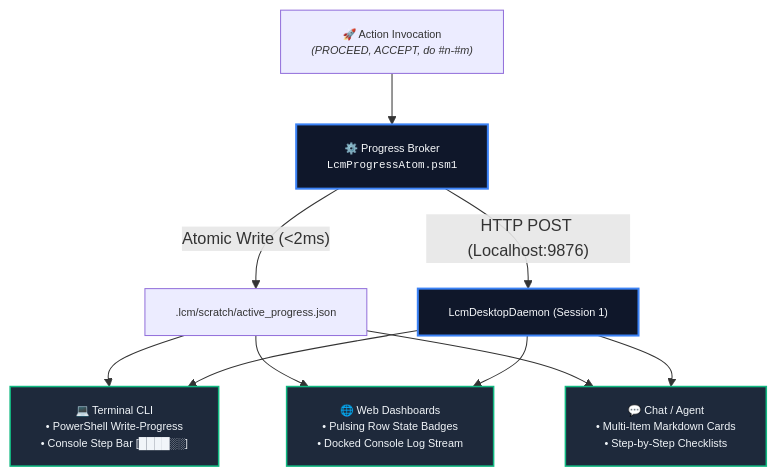
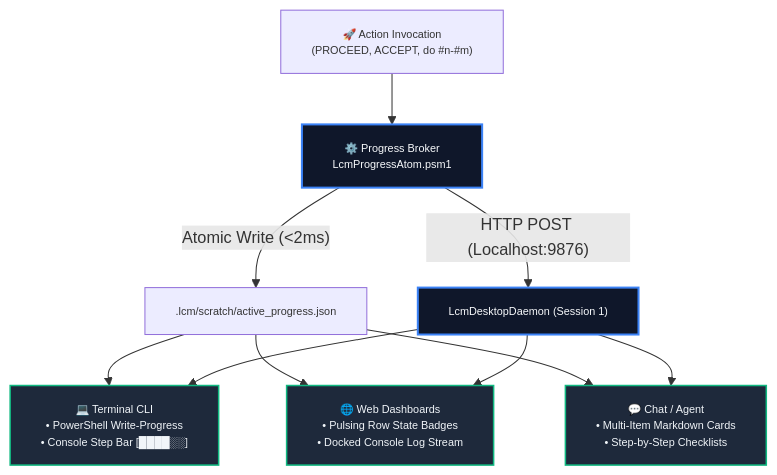
Before and after one commit to rgbigel/LCM_Inventory: the diagram in docs/Proposals/CRP-110-LCM-v7.3.0-Universal-Multi-Channel-Progress-Indicator-Engine.md, drawn with Mermaid. The commit also changed other lines of this file and 10 other files, not shown here.

Commit message:
docs: align tripartite specifications, Mermaid diagrams, and tool help flags to LCM Baseline v7.0.0

````diff
--- a/docs/Proposals/CRP-110-LCM-v7.3.0-Universal-Multi-Channel-Progress-Indicator-Engine.md
+++ b/docs/Proposals/CRP-110-LCM-v7.3.0-Universal-Multi-Channel-Progress-Indicator-Engine.md
@@ -32,15 +32,16 @@
 ```mermaid
 flowchart TD
     classDef default font-size:8pt;
     classDef broker fill:#0f172a,stroke:#3b82f6,stroke-width:2px,color:#f8fafc;
     classDef channel fill:#1e293b,stroke:#10b981,stroke-width:1.5px,color:#f1f5f9;
 
-    TRIGGER["🚀 Action Invocation<br/><i>(PROCEED, ACCEPT, do #n-#m)</i>"] --> BROKER["⚙️ Progress Broker<br/><code>LcmProgressAtom.psm1</code>"]:::broker
+    TRIGGER["🚀 Action Invocation<br/>(PROCEED, ACCEPT, do #n-#m)"] --> BROKER["⚙️ Progress Broker<br/>LcmProgressAtom.psm1"]:::broker
 
     BROKER -->|"Atomic Write (<2ms)"| FILE[".lcm/scratch/active_progress.json"]
     BROKER -->|"HTTP POST (Localhost:9876)"| DAEMON["LcmDesktopDaemon (Session 1)"]:::broker
 
     FILE & DAEMON --> CH_CLI["💻 Terminal CLI<br/>• PowerShell Write-Progress<br/>• Console Step Bar [████░░]"]:::channel
     FILE & DAEMON --> CH_WEB["🌐 Web Dashboards<br/>• Pulsing Row State Badges<br/>• Docked Console Log Stream"]:::channel
     FILE & DAEMON --> CH_CHAT["💬 Chat / Agent<br/>• Multi-Item Markdown Cards<br/>• Step-by-Step Checklists"]:::channel
+
 ```
````
